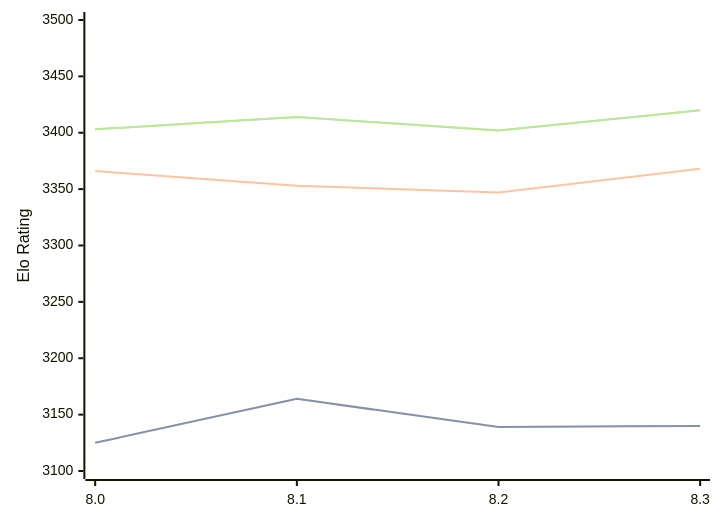
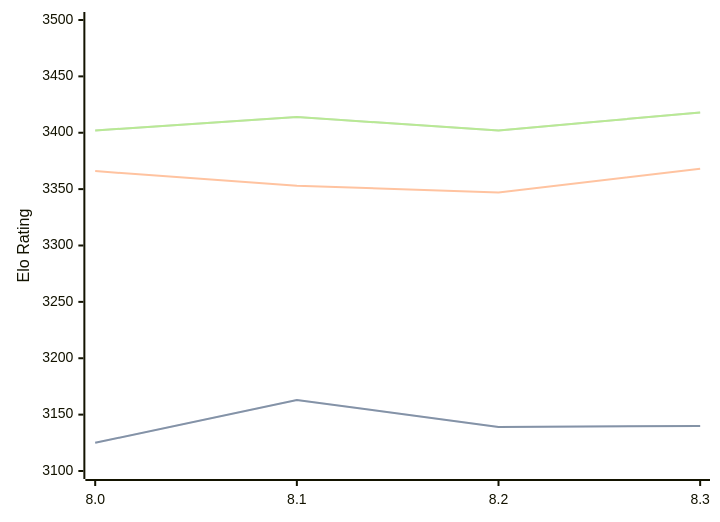
The third of 3 diagrams in engines/Alexander.md (computer-chess-index/cci), drawn with Mermaid before and after one commit. The commit also changed other lines of this file, not shown here.

Commit message:
Update CCI Ratings (ELO VLTC) - 2026-06-27

````diff
--- a/engines/Alexander.md
+++ b/engines/Alexander.md
@@ -81,11 +81,11 @@
 ```mermaid
 %%{init: {"theme":"base","themeVariables":{"seriesColors:['#a3a3a3','#222221','#faa371']}}}%%
 xychart-beta
   x-axis ["8.0", "8.1", "8.2", "8.3"]
   y-axis "Elo Rating" 3100 --> 3500
-  line "STC (8.0+0.08s)" [3125, 3164, 3139, 3140]
-  line "STC (8.0+0.08s)" [3125, 3164, 3139, 3140]
+  line "STC (8.0+0.08s)" [3125, 3163, 3139, 3140]
+  line "STC (8.0+0.08s)" [3125, 3163, 3139, 3140]
   line "LTC (60.0+0.60s)" [3366, 3353, 3347, 3368]
-  line "VLTC (2m24s+1.12s)" [3403, 3414, 3402, 3420]
-  line "VLTC (2m24s+1.12s)" [3403, 3414, 3402, 3420]
+  line "VLTC (2m24s+1.12s)" [3402, 3414, 3402, 3418]
+  line "VLTC (2m24s+1.12s)" [3402, 3414, 3402, 3418]
 ```
````
